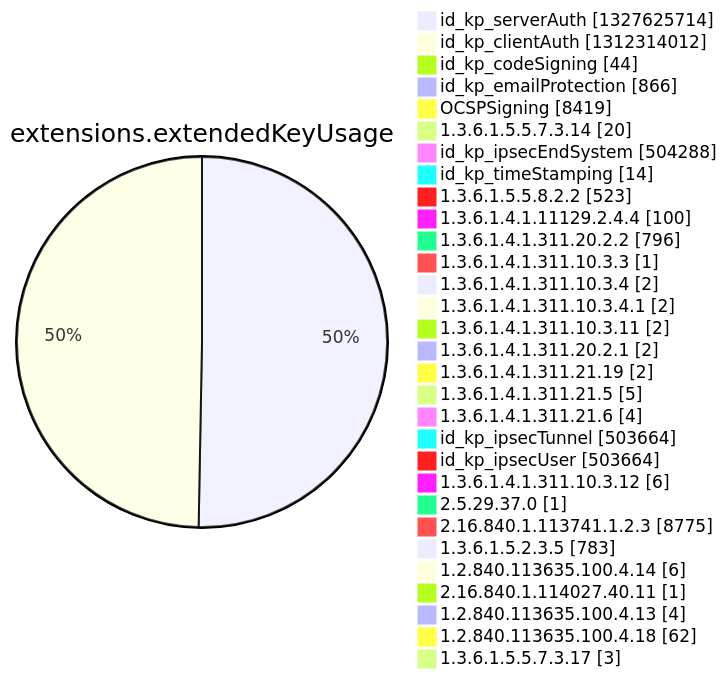
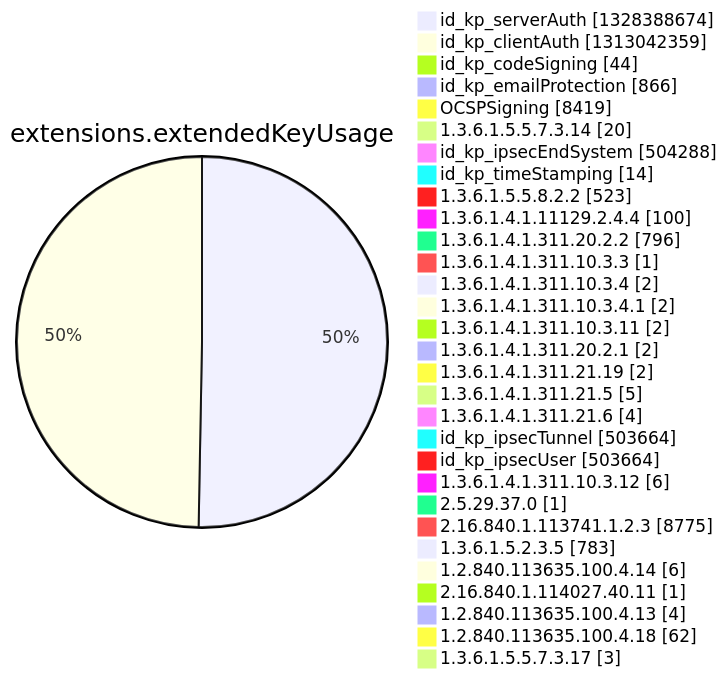
Before and after one commit to christiankrug/ctmonitor_visualization: diagram 12 of 15 in argon2022/README.md, drawn with Mermaid. The commit also changed other lines of this file, not shown here.

````diff
--- a/argon2022/README.md
+++ b/argon2022/README.md
@@ -3553,34 +3553,34 @@
 ```mermaid
 pie showData
 title extensions.extendedKeyUsage
-"id_kp_serverAuth" :1327625714
-"id_kp_clientAuth" :1312314012
+"id_kp_serverAuth" :1328388674
+"id_kp_clientAuth" :1313042359
 "id_kp_codeSigning" :44
 "id_kp_emailProtection" :866
 "OCSPSigning" :8419
 "1.3.6.1.5.5.7.3.14" :20
 "id_kp_ipsecEndSystem" :504288
 "id_kp_timeStamping" :14
 "1.3.6.1.5.5.8.2.2" :523
 "1.3.6.1.4.1.11129.2.4.4" :100
 "1.3.6.1.4.1.311.20.2.2" :796
 "1.3.6.1.4.1.311.10.3.3" :1
 "1.3.6.1.4.1.311.10.3.4" :2
 "1.3.6.1.4.1.311.10.3.4.1" :2
 "1.3.6.1.4.1.311.10.3.11" :2
 "1.3.6.1.4.1.311.20.2.1" :2
 "1.3.6.1.4.1.311.21.19" :2
 "1.3.6.1.4.1.311.21.5" :5
 "1.3.6.1.4.1.311.21.6" :4
 "id_kp_ipsecTunnel" :503664
 "id_kp_ipsecUser" :503664
 "1.3.6.1.4.1.311.10.3.12" :6
 "2.5.29.37.0" :1
 "2.16.840.1.113741.1.2.3" :8775
 "1.3.6.1.5.2.3.5" :783
 "1.2.840.113635.100.4.14" :6
 "2.16.840.1.114027.40.11" :1
 "1.2.840.113635.100.4.13" :4
 "1.2.840.113635.100.4.18" :62
 "1.3.6.1.5.5.7.3.17" :3
 ```
````
